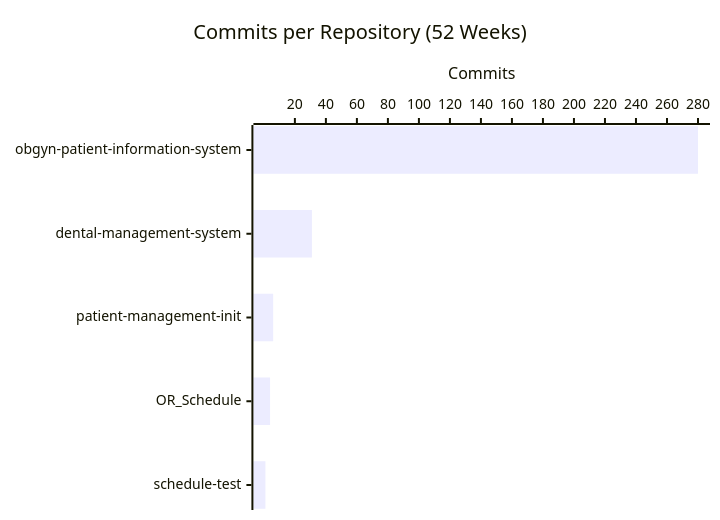
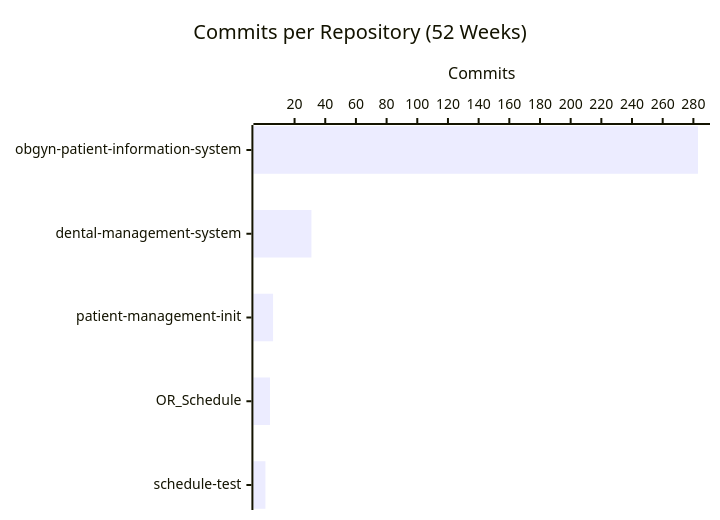
The second of 4 diagrams in profile/README.md (CSTH-Projects/.github), drawn with Mermaid before and after one commit. The commit also changed other lines of this file, not shown here.

````diff
--- a/profile/README.md
+++ b/profile/README.md
@@ -23,7 +23,7 @@
 ```mermaid
 xychart-beta horizontal
     title "Commits per Repository (52 Weeks)"
     x-axis ["obgyn-patient-information-system", "dental-management-system", "patient-management-init", "OR_Schedule", "schedule-test"]
     y-axis "Commits"
-    bar [280, 31, 6, 4, 1]
+    bar [283, 31, 6, 4, 1]
 ```
````
